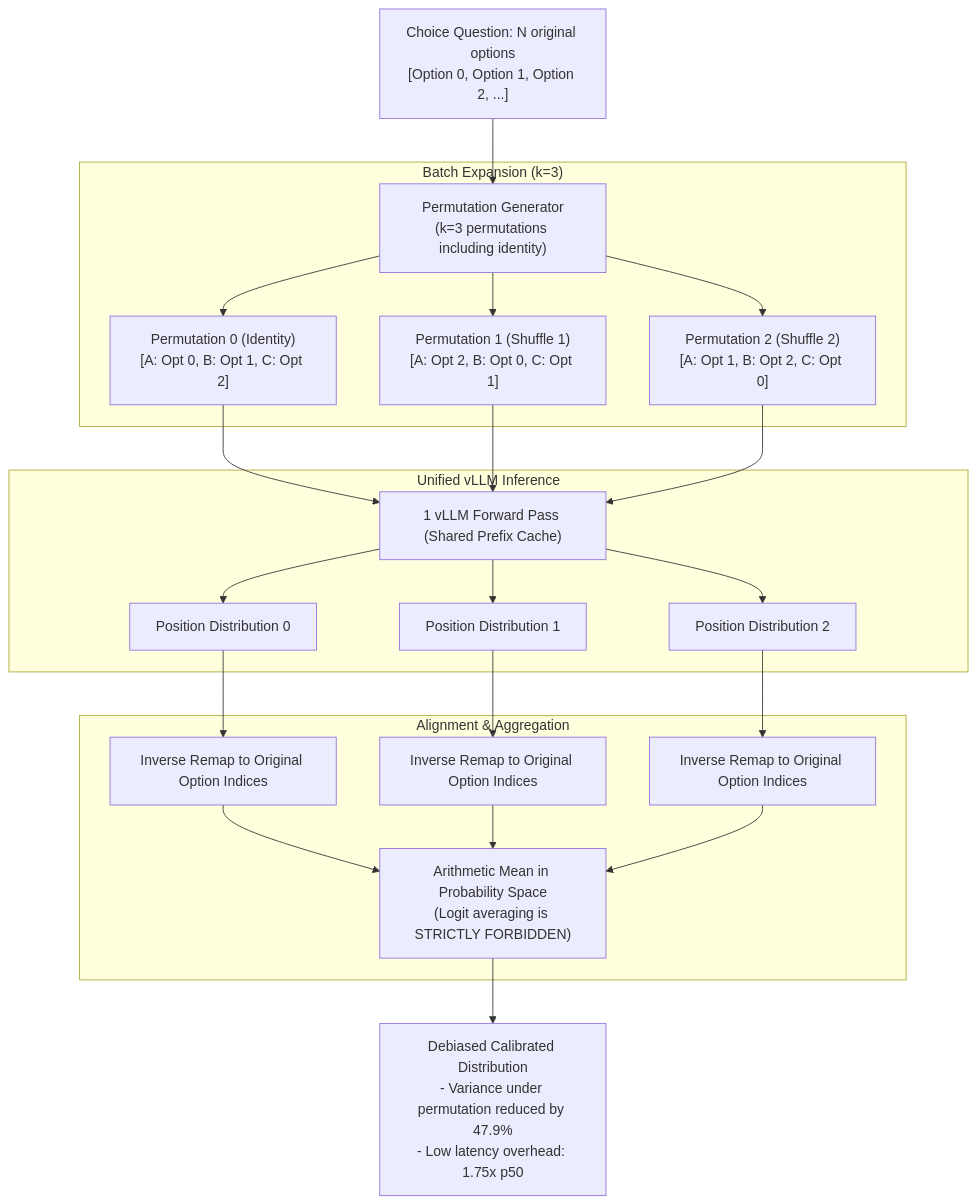
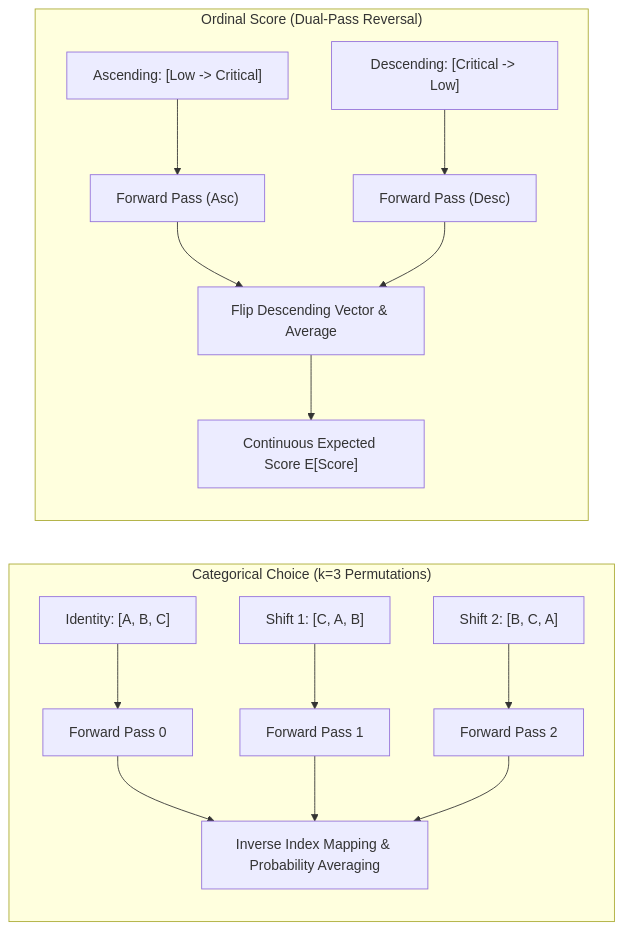
The eighth of 10 diagrams in architecture.md (Okura66/kahn1), drawn with Mermaid before and after one commit. The commit also changed other lines of this file and 4 other files, not shown here.

````diff
--- a/architecture.md
+++ b/architecture.md
@@ -230,31 +266,16 @@
 ```mermaid
-flowchart TD
-    Q["Choice Question: N original options\n[Option 0, Option 1, Option 2, ...]"] --> PermGen["Permutation Generator\n(k=3 permutations including identity)"]
-    
-    subgraph Permutations["Batch Expansion (k=3)"]
-        PermGen --> P0["Permutation 0 (Identity)\n[A: Opt 0, B: Opt 1, C: Opt 2]"]
-        PermGen --> P1["Permutation 1 (Shuffle 1)\n[A: Opt 2, B: Opt 0, C: Opt 1]"]
-        PermGen --> P2["Permutation 2 (Shuffle 2)\n[A: Opt 1, B: Opt 2, C: Opt 0]"]
+flowchart LR
+    subgraph ChoiceDebias["Categorical Choice (k=3 Permutations)"]
+        P0["Identity: [A, B, C]"] --> M0["Forward Pass 0"]
+        P1["Shift 1:  [C, A, B]"] --> M1["Forward Pass 1"]
+        P2["Shift 2:  [B, C, A]"] --> M2["Forward Pass 2"]
+        M0 & M1 & M2 --> Remap["Inverse Index Mapping & Probability Averaging"]
     end
-    
-    subgraph Execution["Unified vLLM Inference"]
-        P0 --> BatchForward["1 vLLM Forward Pass (Shared Prefix Cache)"]
-        P1 --> BatchForward
-        P2 --> BatchForward
-        BatchForward --> Raw0["Position Distribution 0"]
-        BatchForward --> Raw1["Position Distribution 1"]
-        BatchForward --> Raw2["Position Distribution 2"]
+
+    subgraph OrdinalDebias["Ordinal Score (Dual-Pass Reversal)"]
+        Asc["Ascending: [Low -> Critical]"] --> FAsc["Forward Pass (Asc)"]
+        Desc["Descending: [Critical -> Low]"] --> FDesc["Forward Pass (Desc)"]
+        FAsc & FDesc --> Invert["Flip Descending Vector & Average"]
+        Invert --> ExpScore["Continuous Expected Score E[Score]"]
     end
-    
-    subgraph Debiasing_Aggregation["Alignment & Aggregation"]
-        Raw0 --> Remap0["Inverse Remap to Original Option Indices"]
-        Raw1 --> Remap1["Inverse Remap to Original Option Indices"]
-        Raw2 --> Remap2["Inverse Remap to Original Option Indices"]
-        
-        Remap0 --> ProbAvg["Arithmetic Mean in Probability Space\n(Logit averaging is STRICTLY FORBIDDEN)"]
-        Remap1 --> ProbAvg
-        Remap2 --> ProbAvg
-    end
-    
-    ProbAvg --> Out["Debiased Calibrated Distribution\n- Variance under permutation reduced by 47.9%\n- Low latency overhead: 1.75x p50"]
 ```
````
